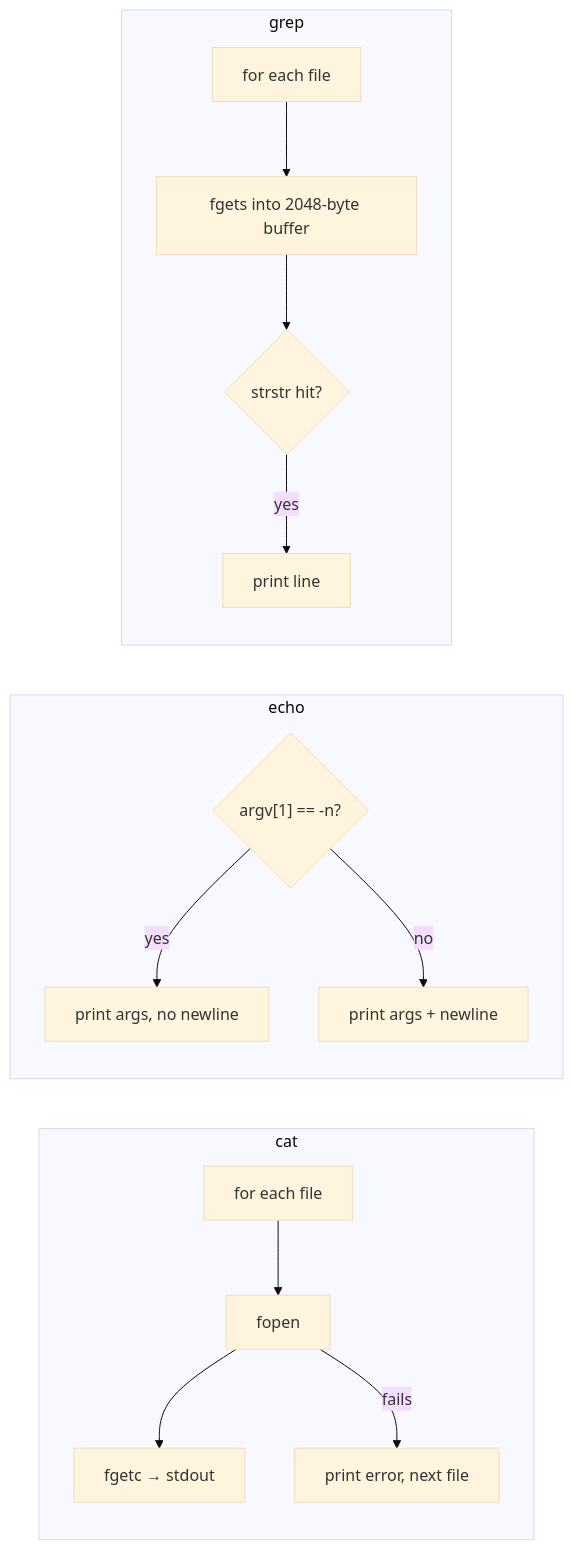
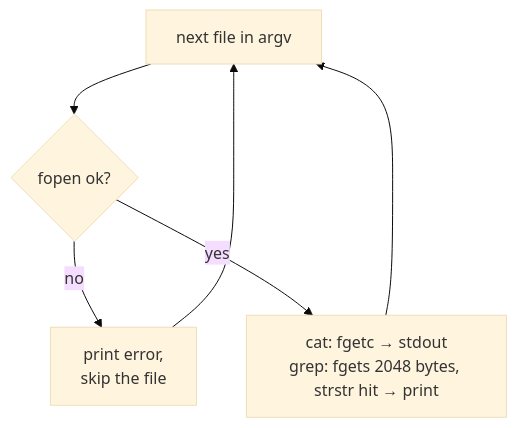
The diagram in README.md (spaceadler/minicoreutils), drawn with Mermaid (base theme) before and after one commit. The commit also changed other lines of this file, not shown here.

Commit message:
README: one narrow loop diagram for cat and grep

````diff
--- a/README.md
+++ b/README.md
@@ -15,14 +15,8 @@
 ```mermaid
-flowchart LR
-    subgraph cat
-        c1["for each file"] --> c2[fopen] --> c3["fgetc → stdout"]
-        c2 -->|"fails"| c4["print error, next file"]
-    end
-    subgraph echo
-        e1{"argv[1] == -n?"} -->|"yes"| e2["print args, no newline"]
-        e1 -->|"no"| e3["print args + newline"]
-    end
-    subgraph grep
-        g1["for each file"] --> g2["fgets into 2048-byte buffer"] --> g3{strstr hit?} -->|"yes"| g4[print line]
-    end
+flowchart TB
+    args["next file in argv"] --> open{"fopen ok?"}
+    open -->|"no"| err["print error,<br/>skip the file"]
+    open -->|"yes"| read["cat: fgetc → stdout<br/>grep: fgets 2048 bytes, strstr hit → print"]
+    err --> args
+    read --> args
 ```
````
